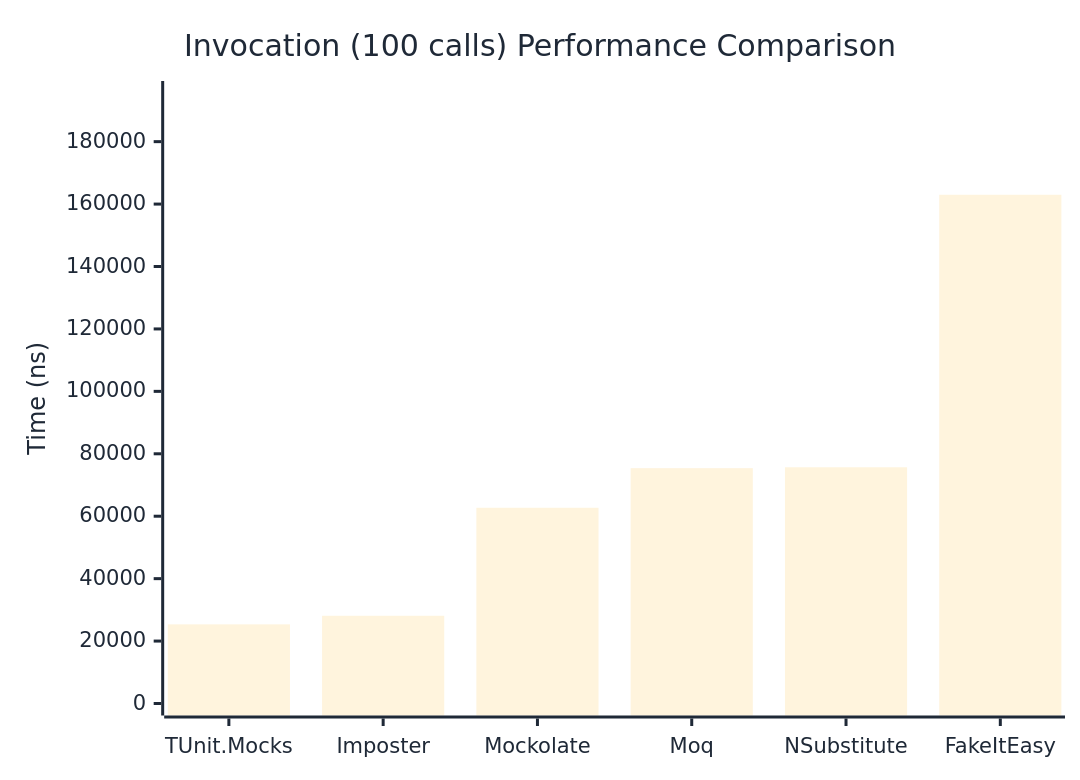
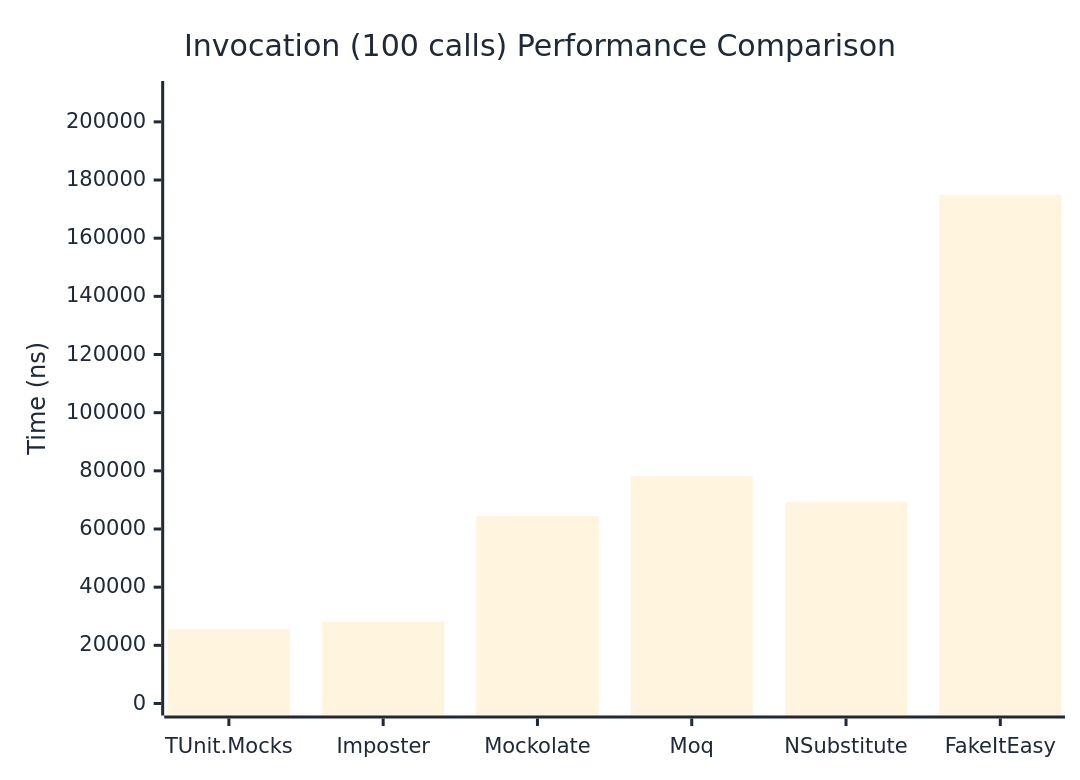
One commit to thomhurst/TUnit changed the third of 3 diagrams in docs/docs/benchmarks/mocks/Invocation.md. Above: the diagram before and after it, drawn with Mermaid. The commit also changed other lines of this file and 14 other files, not shown here.

````diff
--- a/docs/docs/benchmarks/mocks/Invocation.md
+++ b/docs/docs/benchmarks/mocks/Invocation.md
@@ -110,27 +110,27 @@
 ```mermaid
 %%{init: {
   'theme':'base',
   'themeVariables': {
     'primaryColor': '#2563eb',
     'primaryTextColor': '#1f2937',
     'primaryBorderColor': '#1e40af',
     'lineColor': '#6b7280',
     'secondaryColor': '#7c3aed',
     'tertiaryColor': '#dc2626',
     'background': '#ffffff',
     'pie1': '#2563eb',
     'pie2': '#7c3aed',
     'pie3': '#dc2626',
     'pie4': '#f59e0b',
     'pie5': '#10b981',
     'pie6': '#06b6d4',
     'pie7': '#ec4899',
     'pie8': '#6366f1'
   }
 }}%%
 xychart-beta
   title "Invocation (100 calls) Performance Comparison"
   x-axis ["TUnit.Mocks", "Imposter", "Mockolate", "Moq", "NSubstitute", "FakeItEasy"]
-  y-axis "Time (ns)" 0 --> 195586
-  bar [25358.4, 28108.6, 62708.5, 75398.7, 75682.6, 162987.7]
+  y-axis "Time (ns)" 0 --> 209923
+  bar [25691.5, 28142.1, 64509.4, 78189.3, 69342.2, 174935.1]
 ```
````
